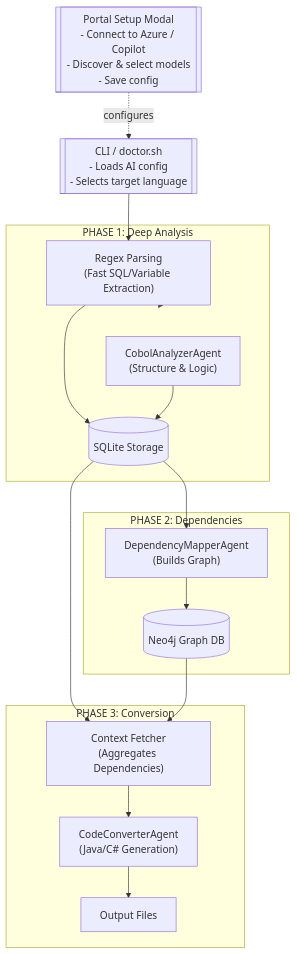
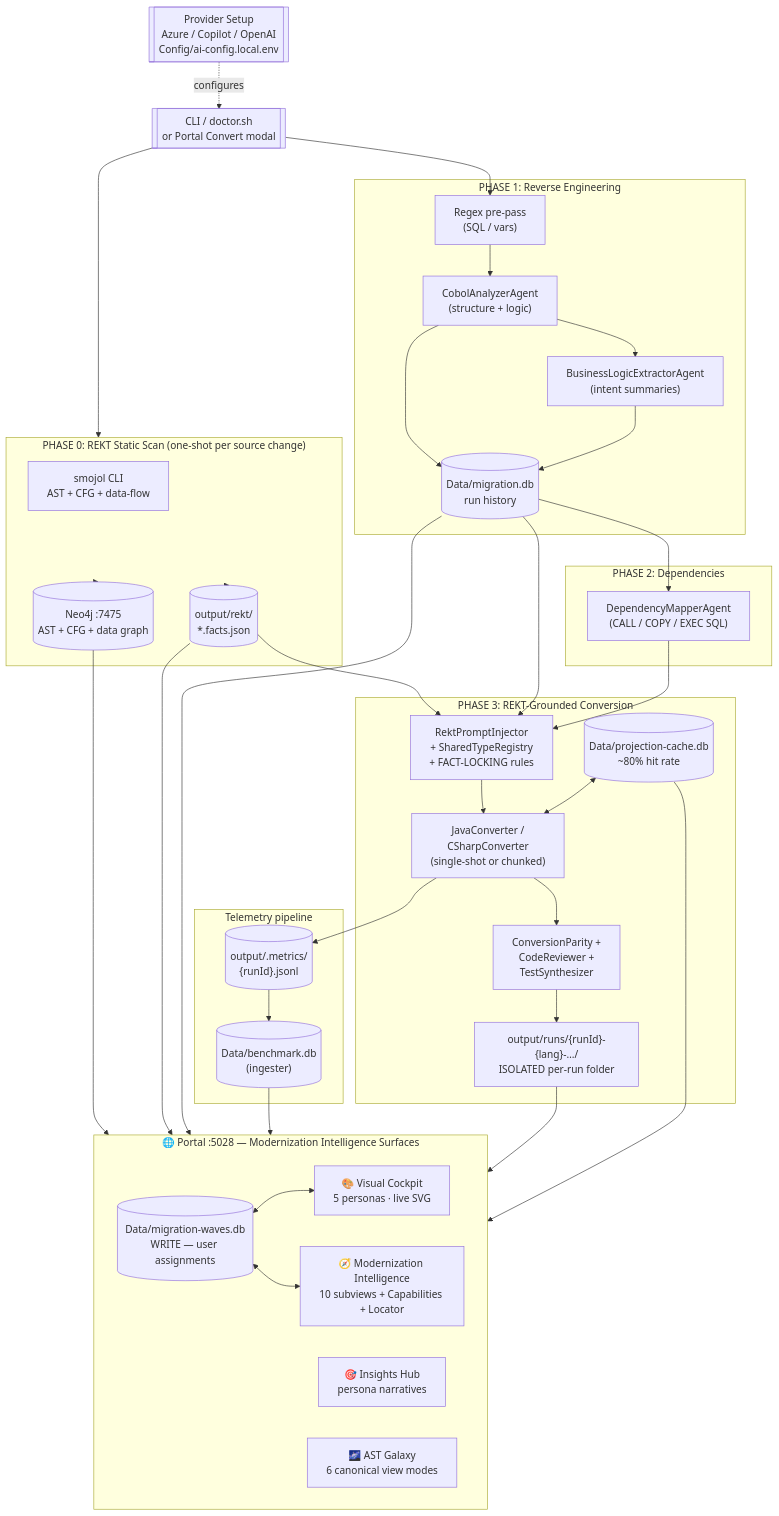
The seventh of 9 diagrams in README.md (Azure-Samples/Legacy-Modernization-Agents), drawn with Mermaid before and after one commit. The commit also changed other lines of this file and 2 other files, not shown here.

````diff
--- a/README.md
+++ b/README.md
@@ -1333,37 +1480,74 @@
 ```mermaid
 flowchart TD
-  CLI[["CLI / doctor.sh\n- Loads AI config\n- Selects target language"]]
-  PORTAL_SETUP[["Portal Setup Modal\n- Connect to Azure / Copilot\n- Discover & select models\n- Save config"]]
-  
-  subgraph ANALYZE_PHASE["PHASE 1: Deep Analysis"]
-      REGEX["Regex Parsing\n(Fast SQL/Variable Extraction)"]
-      ANALYZER["CobolAnalyzerAgent\n(Structure & Logic)"]
-      SQLITE[("SQLite Storage")]
-  end
-  
-  subgraph DEPENDENCY_PHASE["PHASE 2: Dependencies"]
-      MAPPER["DependencyMapperAgent\n(Builds Graph)"]
-      NEO4J[("Neo4j Graph DB")]
-  end
-  
-  subgraph CONVERT_PHASE["PHASE 3: Conversion"]
-      FETCHER["Context Fetcher\n(Aggregates Dependencies)"]
-      CONVERTER["CodeConverterAgent\n(Java/C# Generation)"]
-      OUTPUT["Output Files"]
+  CLI[["CLI / doctor.sh<br/>or Portal Convert modal"]]
+  SETUP[["Provider Setup<br/>Azure / Copilot / OpenAI<br/>Config/ai-config.local.env"]]
+
+  subgraph SCAN_PHASE["PHASE 0: REKT Static Scan (one-shot per source change)"]
+      SMOJOL["smojol CLI<br/>AST + CFG + data-flow"]
+      FACTS[("output/rekt/<br/>*.facts.json")]
+      NEO[("Neo4j :7475<br/>AST + CFG + data graph")]
   end
 
+  subgraph ANALYZE_PHASE["PHASE 1: Reverse Engineering"]
+      REGEX["Regex pre-pass<br/>(SQL / vars)"]
+      ANALYZER["CobolAnalyzerAgent<br/>(structure + logic)"]
+      BIZLOGIC["BusinessLogicExtractorAgent<br/>(intent summaries)"]
+      SQLITE[("Data/migration.db<br/>run history")]
+  end
+
+  subgraph DEPENDENCY_PHASE["PHASE 2: Dependencies"]
+      MAPPER["DependencyMapperAgent<br/>(CALL / COPY / EXEC SQL)"]
+  end
+
+  subgraph CONVERT_PHASE["PHASE 3: REKT-Grounded Conversion"]
+      INJECT["RektPromptInjector<br/>+ SharedTypeRegistry<br/>+ FACT-LOCKING rules"]
+      PROJ[("Data/projection-cache.db<br/>~80% hit rate")]
+      CONVERTER["JavaConverter /<br/>CSharpConverter<br/>(single-shot or chunked)"]
+      PARITY["ConversionParity +<br/>CodeReviewer +<br/>TestSynthesizer"]
+      OUTRUN["output/runs/{runId}-{lang}-…/<br/>ISOLATED per-run folder"]
+  end
+
+  subgraph TELEMETRY["Telemetry pipeline"]
+      JSONL[("output/.metrics/<br/>{runId}.jsonl")]
+      BENCH[("Data/benchmark.db<br/>(ingester)")]
+  end
+
+  subgraph PORTAL["🌐 Portal :5028 — Modernization Intelligence Surfaces"]
+      COCK["🎨 Visual Cockpit<br/>5 personas · live SVG"]
+      MI["🧭 Modernization Intelligence<br/>10 subviews + Capabilities + Locator"]
+      HUB["🎯 Insights Hub<br/>persona narratives"]
+      AST["🌌 AST Galaxy<br/>6 canonical view modes"]
+      WAVES[("Data/migration-waves.db<br/>WRITE — user assignments")]
+  end
+
+  CLI --> SCAN_PHASE
+  SETUP -.->|configures| CLI
+  SCAN_PHASE --> NEO
+  SCAN_PHASE --> FACTS
+
   CLI --> REGEX
-  PORTAL_SETUP -.->|configures| CLI
-  REGEX --> SQLITE
-  REGEX --> ANALYZE_PHASE
-  
+  REGEX --> ANALYZER
   ANALYZER --> SQLITE
-  
+  ANALYZER --> BIZLOGIC
+  BIZLOGIC --> SQLITE
   SQLITE --> MAPPER
-  MAPPER --> NEO4J
-  
-  SQLITE --> FETCHER
-  NEO4J --> FETCHER
-  FETCHER --> CONVERTER
-  CONVERTER --> OUTPUT
+
+  FACTS --> INJECT
+  SQLITE --> INJECT
+  MAPPER --> INJECT
+  INJECT --> CONVERTER
+  PROJ <--> CONVERTER
+  CONVERTER --> PARITY
+  PARITY --> OUTRUN
+  CONVERTER --> JSONL
+  JSONL --> BENCH
+
+  NEO --> PORTAL
+  FACTS --> PORTAL
+  SQLITE --> PORTAL
+  BENCH --> PORTAL
+  OUTRUN --> PORTAL
+  PROJ --> PORTAL
+  WAVES <--> COCK
+  WAVES <--> MI
 ```
````
